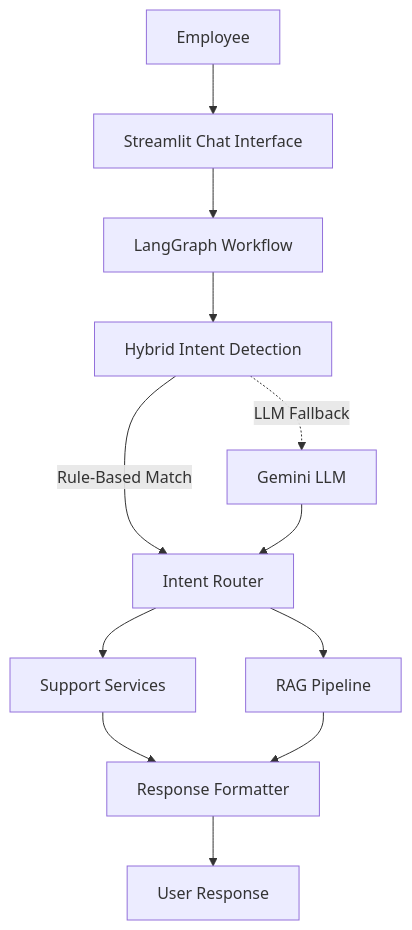
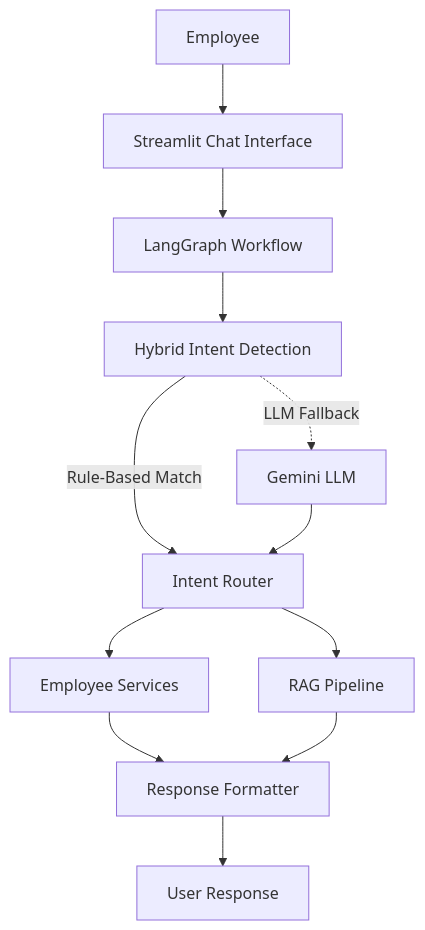
One commit to bhanusri-123/Employee-support-ai changed the first of 5 diagrams in README.md. Above: the diagram before and after it, drawn with Mermaid. The commit also changed other lines of this file, not shown here.

First line of the commit message:
Add badges and update employee services description

````diff
--- a/README.md
+++ b/README.md
@@ -27,22 +35,22 @@
 ```mermaid
 flowchart TD
 
     A[Employee] --> B[Streamlit Chat Interface]
 
     B --> C[LangGraph Workflow]
 
     C --> D[Hybrid Intent Detection]
 
     D -->|Rule-Based Match| E[Intent Router]
     D -.->|LLM Fallback| F[Gemini LLM]
 
     F --> E
 
-    E --> G[Support Services]
+    E --> G[Employee Services]
     E --> H[RAG Pipeline]
 
     G --> I[Response Formatter]
     H --> I
 
     I --> J[User Response]
 ```
````
